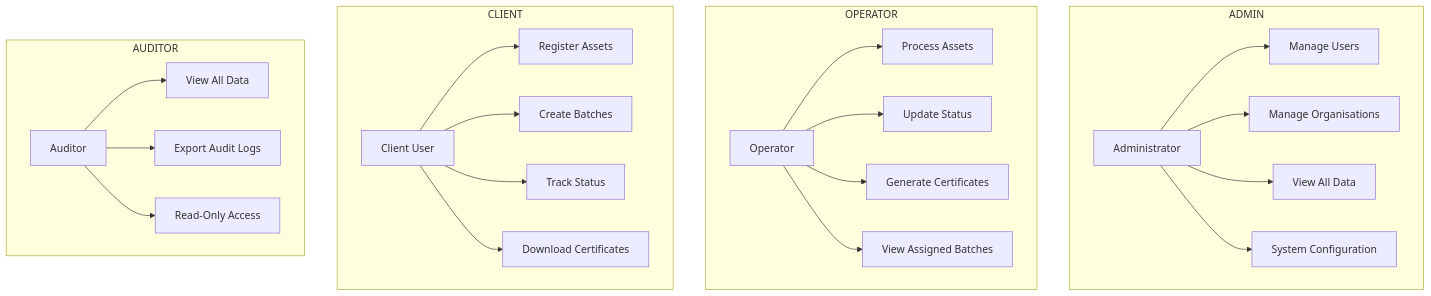
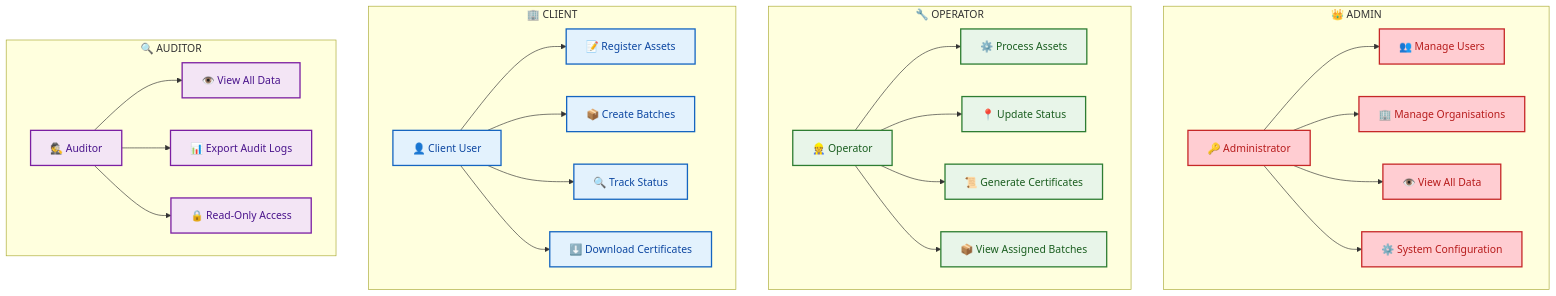
The eighth of 8 diagrams in docs/USER-FLOWS.md (nugehs/ai-reclaim-m0), drawn with Mermaid before and after one commit. The commit also changed other lines of this file and 12 other files, not shown here.

````diff
--- a/docs/USER-FLOWS.md
+++ b/docs/USER-FLOWS.md
@@ -235,33 +378,44 @@
 ```mermaid
 flowchart TB
-    subgraph "ADMIN"
-        AD[Administrator]
-        AD --> AD1[Manage Users]
-        AD --> AD2[Manage Organisations]
-        AD --> AD3[View All Data]
-        AD --> AD4[System Configuration]
+    subgraph ADMIN["👑 ADMIN"]
+        AD[🔑 Administrator]
+        AD --> AD1[👥 Manage Users]
+        AD --> AD2[🏢 Manage Organisations]
+        AD --> AD3[👁️ View All Data]
+        AD --> AD4[⚙️ System Configuration]
     end
 
-    subgraph "OPERATOR"
-        OP[Operator]
-        OP --> OP1[Process Assets]
-        OP --> OP2[Update Status]
-        OP --> OP3[Generate Certificates]
-        OP --> OP4[View Assigned Batches]
+    subgraph OPERATOR["🔧 OPERATOR"]
+        OP[👷 Operator]
+        OP --> OP1[⚙️ Process Assets]
+        OP --> OP2[📍 Update Status]
+        OP --> OP3[📜 Generate Certificates]
+        OP --> OP4[📦 View Assigned Batches]
     end
 
-    subgraph "CLIENT"
-        CL[Client User]
-        CL --> CL1[Register Assets]
-        CL --> CL2[Create Batches]
-        CL --> CL3[Track Status]
-        CL --> CL4[Download Certificates]
+    subgraph CLIENT["🏢 CLIENT"]
+        CL[👤 Client User]
+        CL --> CL1[📝 Register Assets]
+        CL --> CL2[📦 Create Batches]
+        CL --> CL3[🔍 Track Status]
+        CL --> CL4[⬇️ Download Certificates]
     end
 
-    subgraph "AUDITOR"
-        AU[Auditor]
-        AU --> AU1[View All Data]
-        AU --> AU2[Export Audit Logs]
-        AU --> AU3[Read-Only Access]
+    subgraph AUDITOR["🔍 AUDITOR"]
+        AU[🕵️ Auditor]
+        AU --> AU1[👁️ View All Data]
+        AU --> AU2[📊 Export Audit Logs]
+        AU --> AU3[🔒 Read-Only Access]
     end
+
+    %% Styling
+    classDef adminStyle fill:#ffcdd2,stroke:#c62828,stroke-width:2px,color:#b71c1c
+    classDef operatorStyle fill:#e8f5e9,stroke:#2e7d32,stroke-width:2px,color:#1b5e20
+    classDef clientStyle fill:#e3f2fd,stroke:#1565c0,stroke-width:2px,color:#0d47a1
+    classDef auditorStyle fill:#f3e5f5,stroke:#7b1fa2,stroke-width:2px,color:#4a148c
+
+    class AD,AD1,AD2,AD3,AD4 adminStyle
+    class OP,OP1,OP2,OP3,OP4 operatorStyle
+    class CL,CL1,CL2,CL3,CL4 clientStyle
+    class AU,AU1,AU2,AU3 auditorStyle
 ```
````
